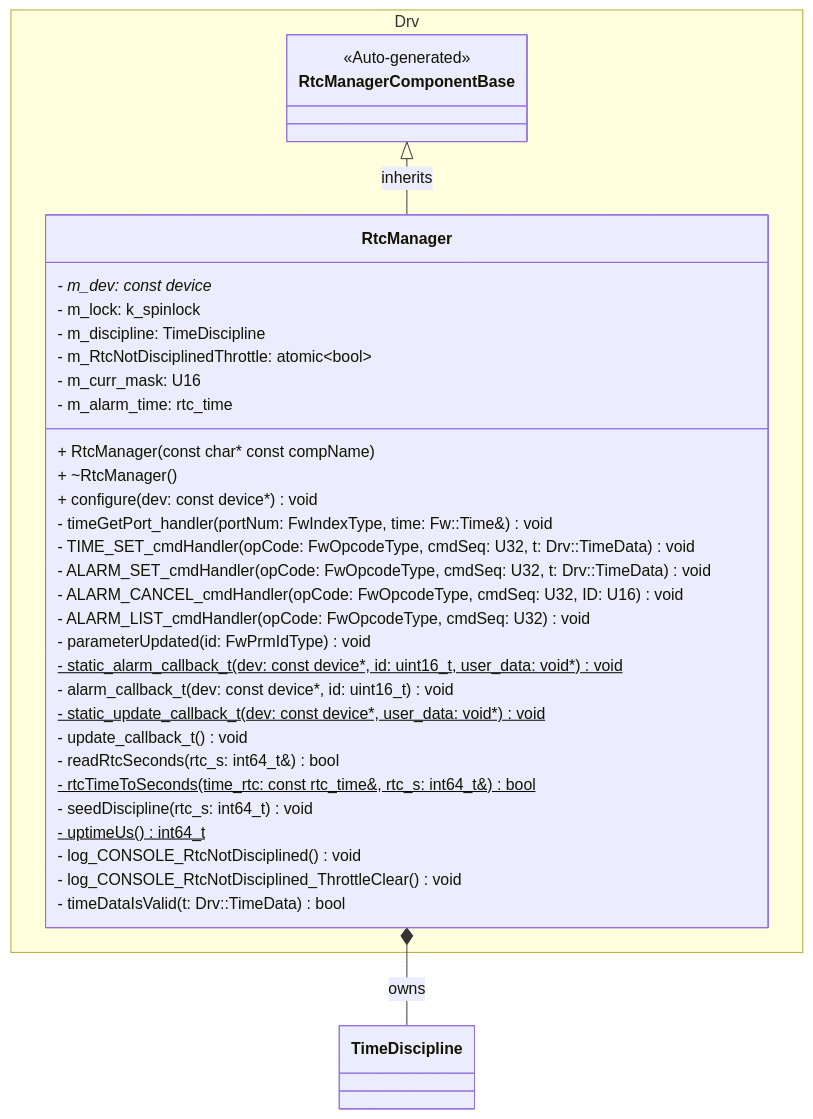
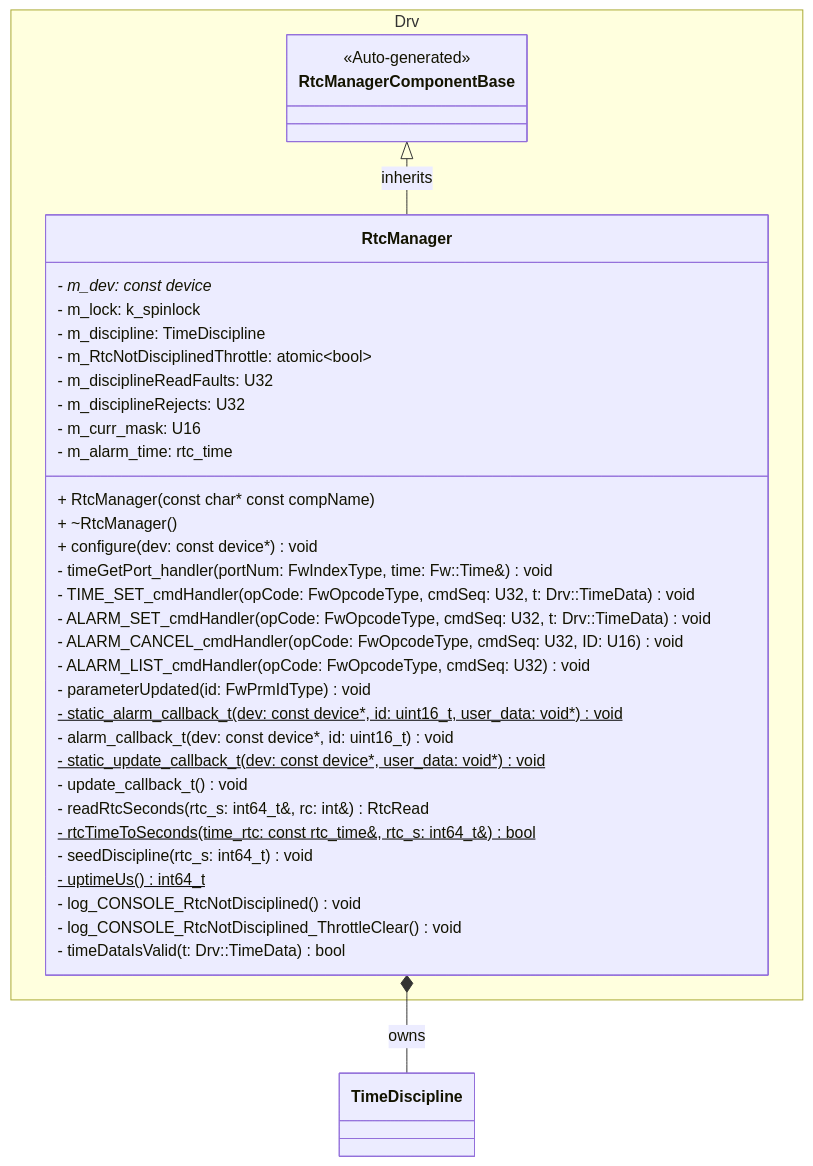
The first of 18 diagrams in PROVESFlightControllerReference/Components/Drv/RtcManager/docs/sdd.md (Open-Source-Space-Foundation/proves-core-reference), drawn with Mermaid before and after one commit. The commit also changed other lines of this file and 5 other files, not shown here.

First line of the commit message:
fix(rtc): report time discipline read faults and rejected samples

````diff
--- a/PROVESFlightControllerReference/Components/Drv/RtcManager/docs/sdd.md
+++ b/PROVESFlightControllerReference/Components/Drv/RtcManager/docs/sdd.md
@@ -210,43 +215,45 @@
 ```mermaid
 classDiagram
     namespace Drv {
         class RtcManagerComponentBase {
             <<Auto-generated>>
         }
         class RtcManager {
             - m_dev: const device*
             - m_lock: k_spinlock
             - m_discipline: TimeDiscipline
             - m_RtcNotDisciplinedThrottle: atomic~bool~
+            - m_disciplineReadFaults: U32
+            - m_disciplineRejects: U32
             - m_curr_mask: U16
             - m_alarm_time: rtc_time
 
             + RtcManager(const char* const compName)
             + ~RtcManager()
             + configure(dev: const device*) void
 
             - timeGetPort_handler(portNum: FwIndexType, time: Fw::Time&) void
 
             - TIME_SET_cmdHandler(opCode: FwOpcodeType, cmdSeq: U32, t: Drv::TimeData) void
             - ALARM_SET_cmdHandler(opCode: FwOpcodeType, cmdSeq: U32, t: Drv::TimeData) void
             - ALARM_CANCEL_cmdHandler(opCode: FwOpcodeType, cmdSeq: U32, ID: U16) void
             - ALARM_LIST_cmdHandler(opCode: FwOpcodeType, cmdSeq: U32) void
 
             - parameterUpdated(id: FwPrmIdType) void
 
             - static_alarm_callback_t(dev: const device*, id: uint16_t, user_data: void*) void$
             - alarm_callback_t(dev: const device*, id: uint16_t) void
             - static_update_callback_t(dev: const device*, user_data: void*) void$
             - update_callback_t() void
-            - readRtcSeconds(rtc_s: int64_t&) bool
+            - readRtcSeconds(rtc_s: int64_t&, rc: int&) RtcRead
             - rtcTimeToSeconds(time_rtc: const rtc_time&, rtc_s: int64_t&) bool$
             - seedDiscipline(rtc_s: int64_t) void
             - uptimeUs() int64_t$
             - log_CONSOLE_RtcNotDisciplined() void
             - log_CONSOLE_RtcNotDisciplined_ThrottleClear() void
             - timeDataIsValid(t: Drv::TimeData) bool
         }
     }
     RtcManagerComponentBase <|-- RtcManager : inherits
     RtcManager *-- TimeDiscipline : owns
 ```
````
